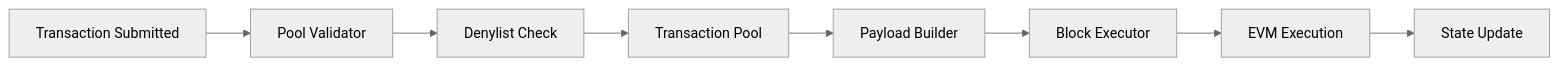
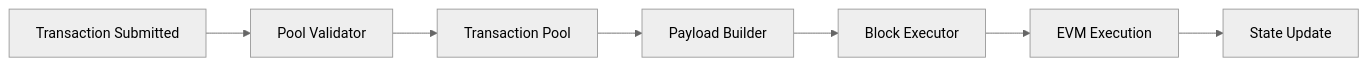
Before and after one commit to circlefin/arc-node: the sixth of 6 diagrams in docs/ARCHITECTURE.md, drawn with Mermaid (neutral theme). The commit also changed other lines of this file and 30 other files, not shown here.

````diff
--- a/docs/ARCHITECTURE.md
+++ b/docs/ARCHITECTURE.md
@@ -259,19 +255,17 @@
 ```mermaid
 graph LR
     TxSubmit[Transaction Submitted]
     TxPool[Transaction Pool]
     Validator[Pool Validator]
-    Denylist[Denylist Check]
     Payload[Payload Builder]
     Executor[Block Executor]
     EVM[EVM Execution]
     State[State Update]
 
     TxSubmit --> Validator
-    Validator --> Denylist
-    Denylist --> TxPool
+    Validator --> TxPool
     TxPool --> Payload
     Payload --> Executor
     Executor --> EVM
     EVM --> State
 ```
````
